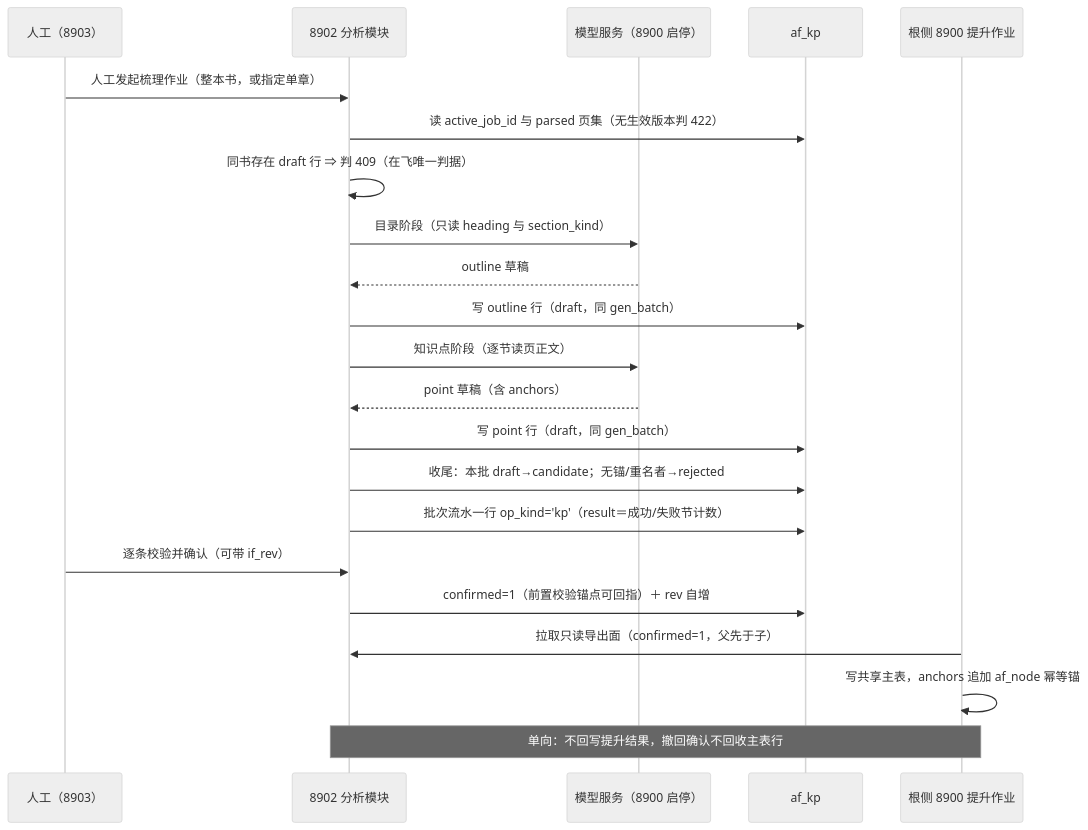
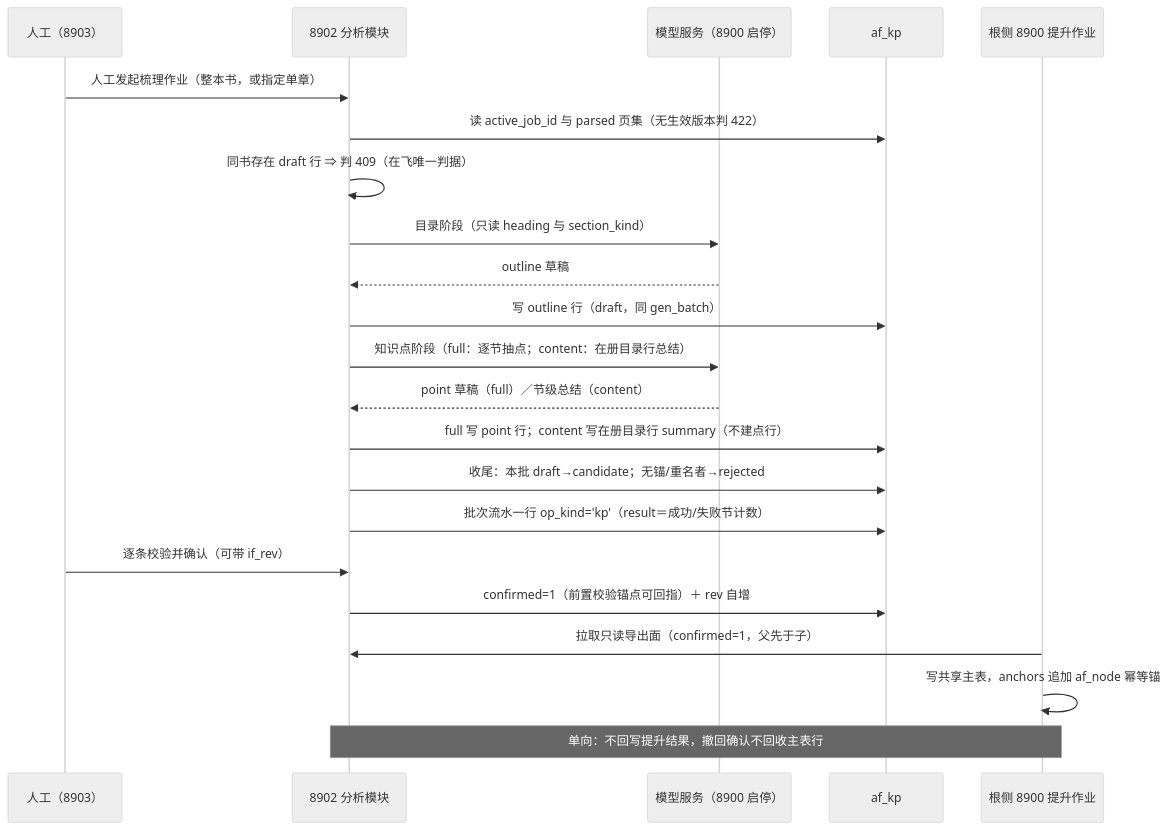
Before and after one commit to swfswf1234/Axiom-Flow: the diagram in docs/design/knowledge-analysis.md, drawn with Mermaid (neutral theme). The commit also changed other lines of this file and 62 other files, not shown here.

````diff
--- a/docs/design/knowledge-analysis.md
+++ b/docs/design/knowledge-analysis.md
@@ -57,24 +57,25 @@
 ```mermaid
 sequenceDiagram
     participant OP as 人工（8903）
     participant AX as 8902 分析模块
     participant MS as 模型服务（8900 启停）
     participant DB as af_kp
     participant RT as 根侧 8900 提升作业
     OP->>AX: 人工发起梳理作业（整本书，或指定单章）
     AX->>DB: 读 active_job_id 与 parsed 页集（无生效版本判 422）
     AX->>AX: 同书存在 draft 行 ⇒ 判 409（在飞唯一判据）
     AX->>MS: 目录阶段（只读 heading 与 section_kind）
     MS-->>AX: outline 草稿
     AX->>DB: 写 outline 行（draft，同 gen_batch）
-    AX->>MS: 知识点阶段（逐节读页正文）
-    MS-->>AX: point 草稿（含 anchors）
-    AX->>DB: 写 point 行（draft，同 gen_batch）
+    AX->>MS: 知识点阶段（full：逐节抽点；content：在册目录行总结）
+    MS-->>AX: point 草稿（full）／节级总结（content）
+    AX->>DB: full 写 point 行；content 写在册目录行 summary（不建点行）
+
     AX->>DB: 收尾：本批 draft→candidate；无锚/重名者→rejected
     AX->>DB: 批次流水一行 op_kind='kp'（result＝成功/失败节计数）
     OP->>AX: 逐条校验并确认（可带 if_rev）
     AX->>DB: confirmed=1（前置校验锚点可回指）＋ rev 自增
     RT->>AX: 拉取只读导出面（confirmed=1，父先于子）
     RT->>RT: 写共享主表，anchors 追加 af_node 幂等锚
     Note over RT,AX: 单向：不回写提升结果，撤回确认不回收主表行
 ```
````
